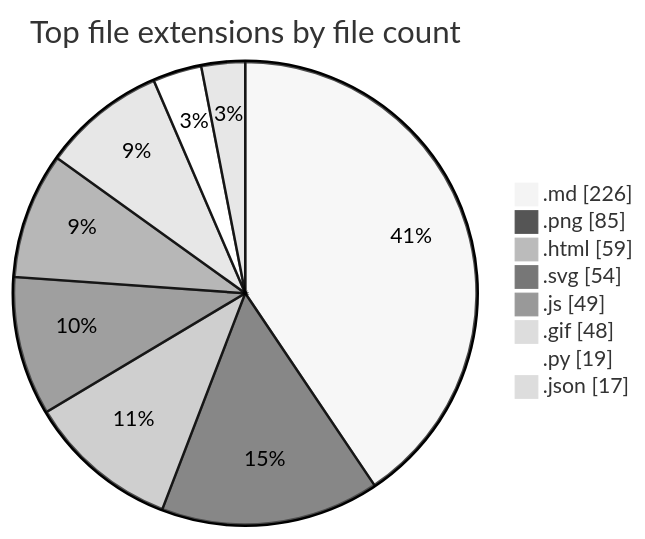
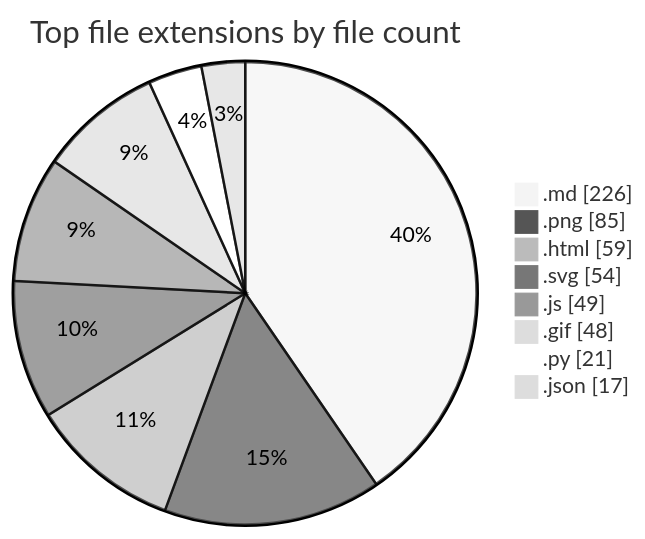
The second of 2 diagrams in README.md (tchinso/tchinso), drawn with Mermaid (neutral theme) before and after one commit. The commit also changed other lines of this file, not shown here.

````diff
--- a/README.md
+++ b/README.md
@@ -49,12 +49,12 @@
 ```mermaid
 pie showData
     title Top file extensions by file count
     ".md" : 226
     ".png" : 85
     ".html" : 59
     ".svg" : 54
     ".js" : 49
     ".gif" : 48
-    ".py" : 19
+    ".py" : 21
     ".json" : 17
 ```
````
